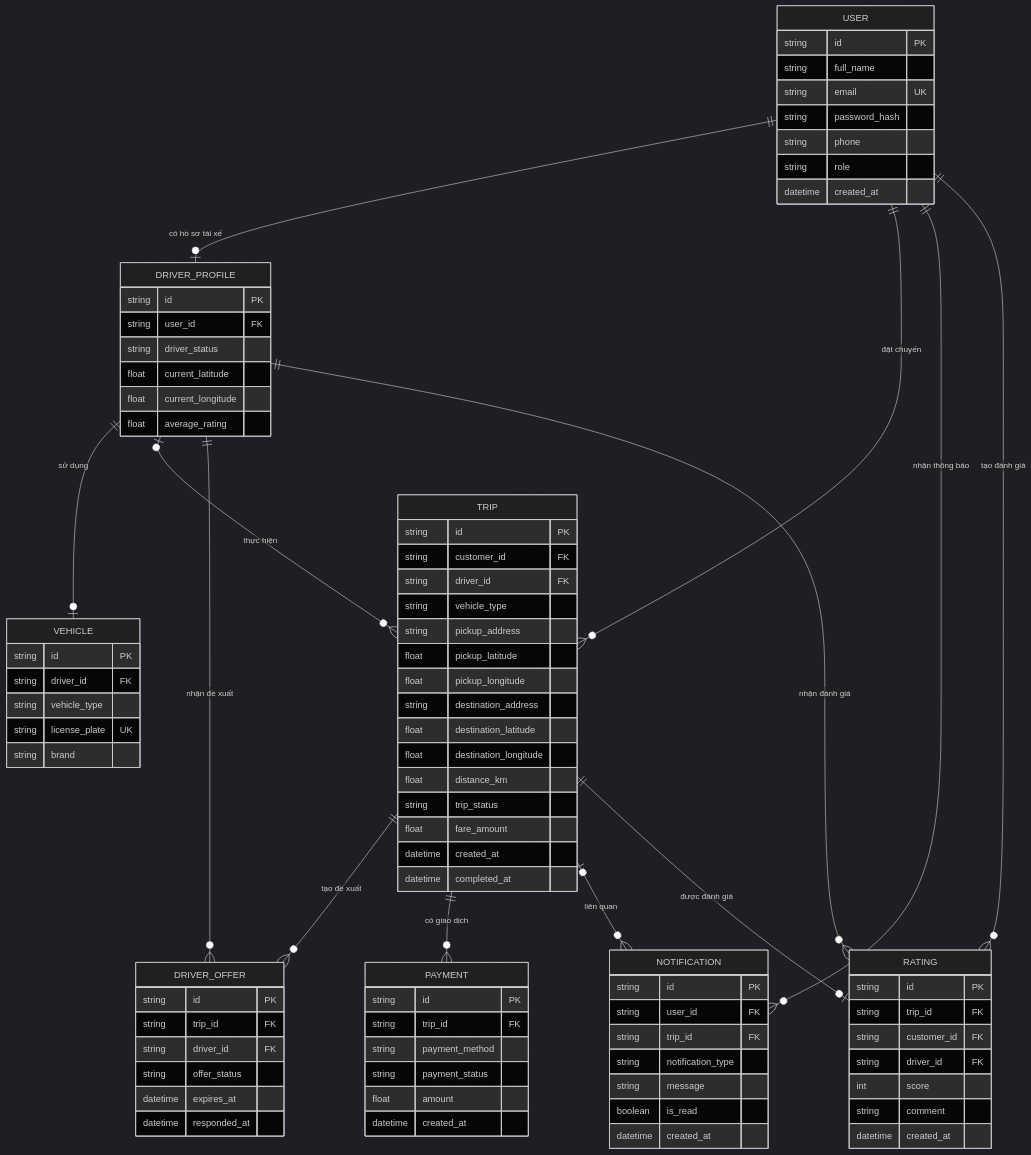
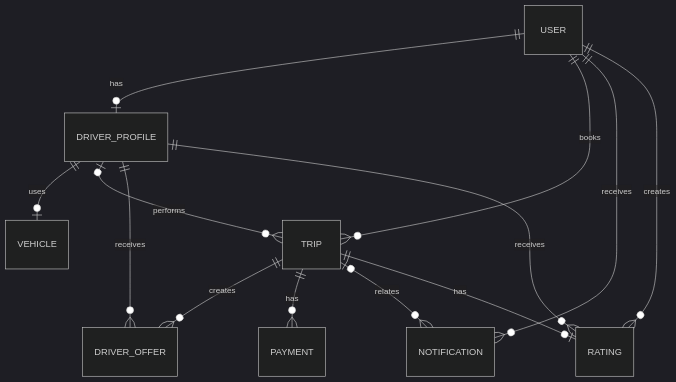
Before and after one commit to lybaonghi1912/23685131_LyBaoNghi_CABSYSTEM: the third of 4 diagrams in srs.md, drawn with Mermaid (dark theme). The commit also changed other lines of this file, not shown here.

````diff
--- a/srs.md
+++ b/srs.md
@@ -739,98 +627,15 @@
 ```mermaid
 erDiagram
-    USER {
-        string id PK
-        string full_name
-        string email UK
-        string password_hash
-        string phone
-        string role
-        datetime created_at
-    }
-
-    DRIVER_PROFILE {
-        string id PK
-        string user_id FK
-        string driver_status
-        float current_latitude
-        float current_longitude
-        float average_rating
-    }
-
-    VEHICLE {
-        string id PK
-        string driver_id FK
-        string vehicle_type
-        string license_plate UK
-        string brand
-    }
-
-    TRIP {
-        string id PK
-        string customer_id FK
-        string driver_id FK
-        string vehicle_type
-        string pickup_address
-        float pickup_latitude
-        float pickup_longitude
-        string destination_address
-        float destination_latitude
-        float destination_longitude
-        float distance_km
-        string trip_status
-        float fare_amount
-        datetime created_at
-        datetime completed_at
-    }
-
-    DRIVER_OFFER {
-        string id PK
-        string trip_id FK
-        string driver_id FK
-        string offer_status
-        datetime expires_at
-        datetime responded_at
-    }
-
-    PAYMENT {
-        string id PK
-        string trip_id FK
-        string payment_method
-        string payment_status
-        float amount
-        datetime created_at
-    }
-
-    NOTIFICATION {
-        string id PK
-        string user_id FK
-        string trip_id FK
-        string notification_type
-        string message
-        boolean is_read
-        datetime created_at
-    }
-
-    RATING {
-        string id PK
-        string trip_id FK
-        string customer_id FK
-        string driver_id FK
-        int score
-        string comment
-        datetime created_at
-    }
-
-    USER ||--o| DRIVER_PROFILE : "có hồ sơ tài xế"
-    DRIVER_PROFILE ||--o| VEHICLE : "sử dụng"
-    USER ||--o{ TRIP : "đặt chuyến"
-    DRIVER_PROFILE o|--o{ TRIP : "thực hiện"
-    TRIP ||--o{ DRIVER_OFFER : "tạo đề xuất"
-    DRIVER_PROFILE ||--o{ DRIVER_OFFER : "nhận đề xuất"
-    TRIP ||--o{ PAYMENT : "có giao dịch"
-    USER ||--o{ NOTIFICATION : "nhận thông báo"
-    TRIP o|--o{ NOTIFICATION : "liên quan"
-    TRIP ||--o| RATING : "được đánh giá"
-    USER ||--o{ RATING : "tạo đánh giá"
-    DRIVER_PROFILE ||--o{ RATING : "nhận đánh giá"
+    USER ||--o| DRIVER_PROFILE : has
+    DRIVER_PROFILE ||--o| VEHICLE : uses
+    USER ||--o{ TRIP : books
+    DRIVER_PROFILE o|--o{ TRIP : performs
+    TRIP ||--o{ DRIVER_OFFER : creates
+    DRIVER_PROFILE ||--o{ DRIVER_OFFER : receives
+    TRIP ||--o{ PAYMENT : has
+    USER ||--o{ NOTIFICATION : receives
+    TRIP o|--o{ NOTIFICATION : relates
+    TRIP ||--o| RATING : has
+    USER ||--o{ RATING : creates
+    DRIVER_PROFILE ||--o{ RATING : receives
 ```
````
